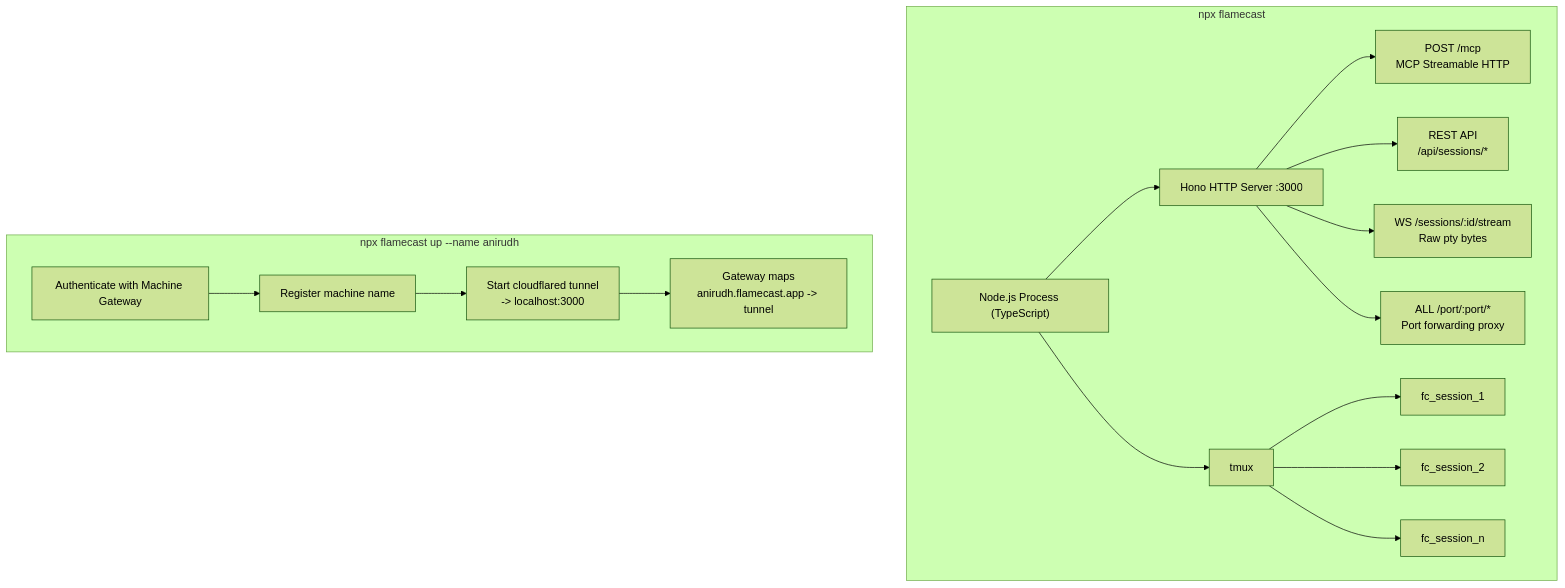
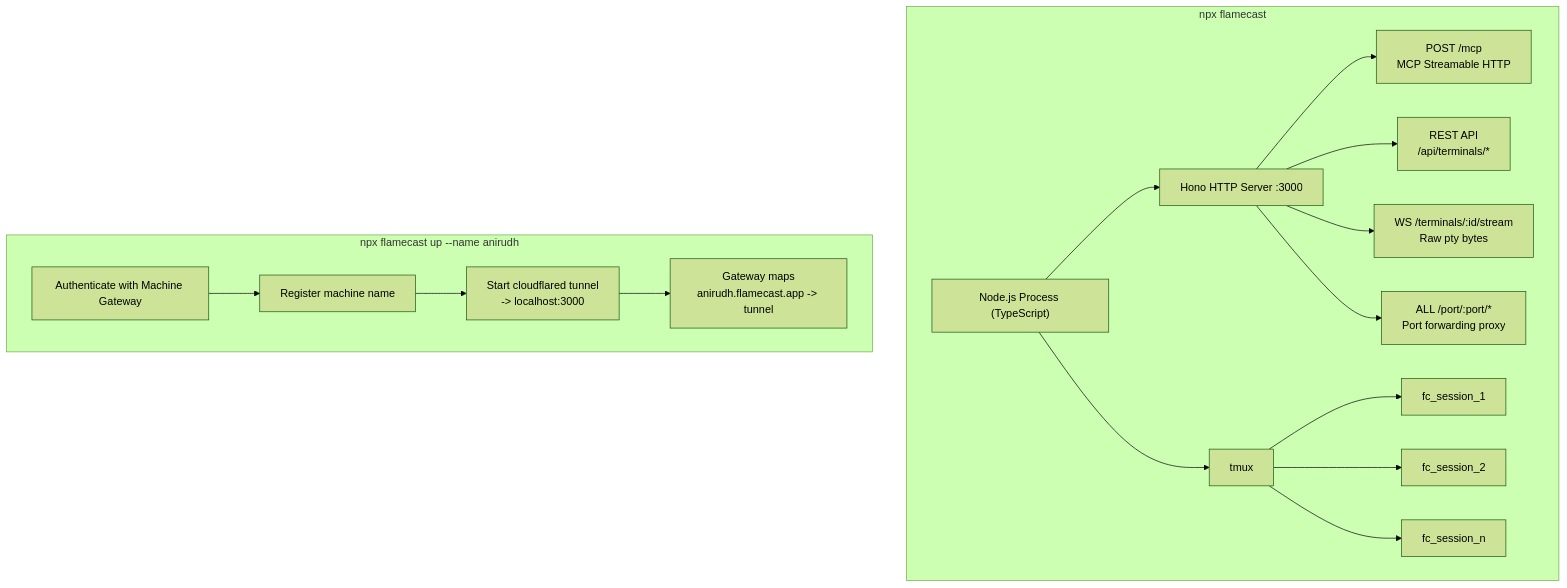
One commit to smithery-ai/flamecast changed the first of 4 diagrams in NEW_SPEC.md. Above: the diagram before and after it, drawn with Mermaid (forest theme). The commit also changed other lines of this file and 3 other files, not shown here.

Commit message:
refactor: rename sessions api to terminals

````diff
--- a/NEW_SPEC.md
+++ b/NEW_SPEC.md
@@ -16,22 +16,22 @@
 ```mermaid
 graph TD
     subgraph "npx flamecast"
         NODE["Node.js Process (TypeScript)"]
         HONO["Hono HTTP Server :3000"]
         NODE --> HONO
         HONO --> MCP_EP["POST /mcp<br/>MCP Streamable HTTP"]
-        HONO --> REST_EP["REST API<br/>/api/sessions/*"]
-        HONO --> WS_EP["WS /sessions/:id/stream<br/>Raw pty bytes"]
+        HONO --> REST_EP["REST API<br/>/api/terminals/*"]
+        HONO --> WS_EP["WS /terminals/:id/stream<br/>Raw pty bytes"]
         HONO --> PORT_EP["ALL /port/:port/*<br/>Port forwarding proxy"]
         NODE --> TMUX["tmux"]
         TMUX --> S1["fc_session_1"]
         TMUX --> S2["fc_session_2"]
         TMUX --> SN["fc_session_n"]
     end
 
     subgraph "npx flamecast up --name anirudh"
         LINK_AUTH["Authenticate with Machine Gateway"] --> LINK_REG["Register machine name"]
         LINK_REG --> LINK_TUNNEL["Start cloudflared tunnel<br/>-> localhost:3000"]
         LINK_TUNNEL --> LINK_MAP["Gateway maps<br/>anirudh.flamecast.app -> tunnel"]
     end
 ```
````
